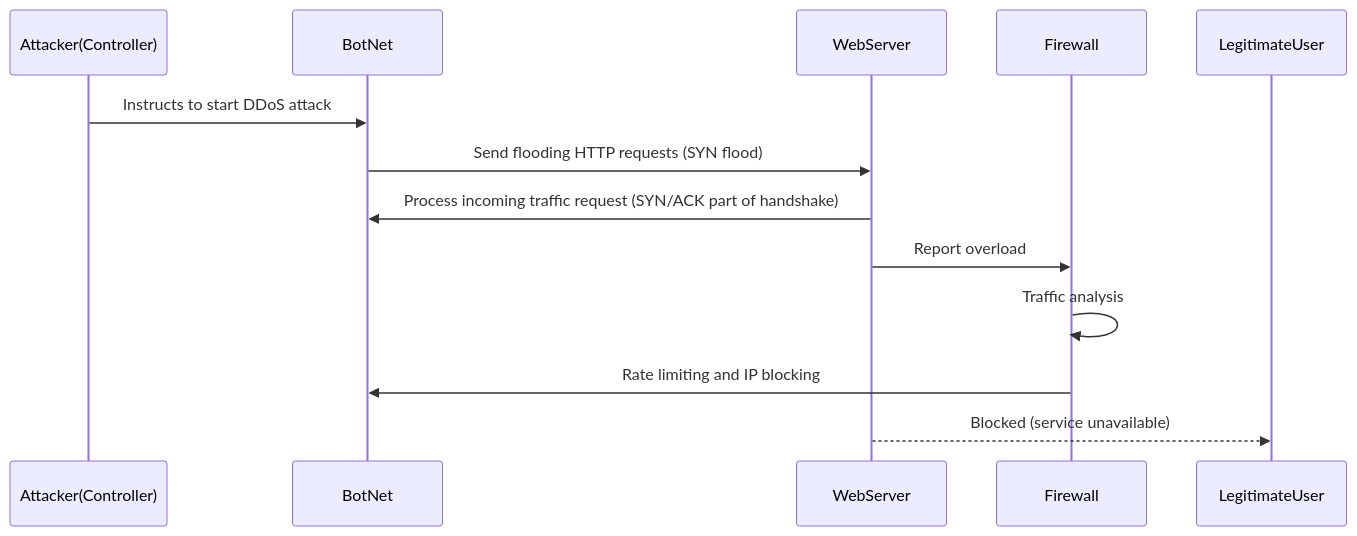
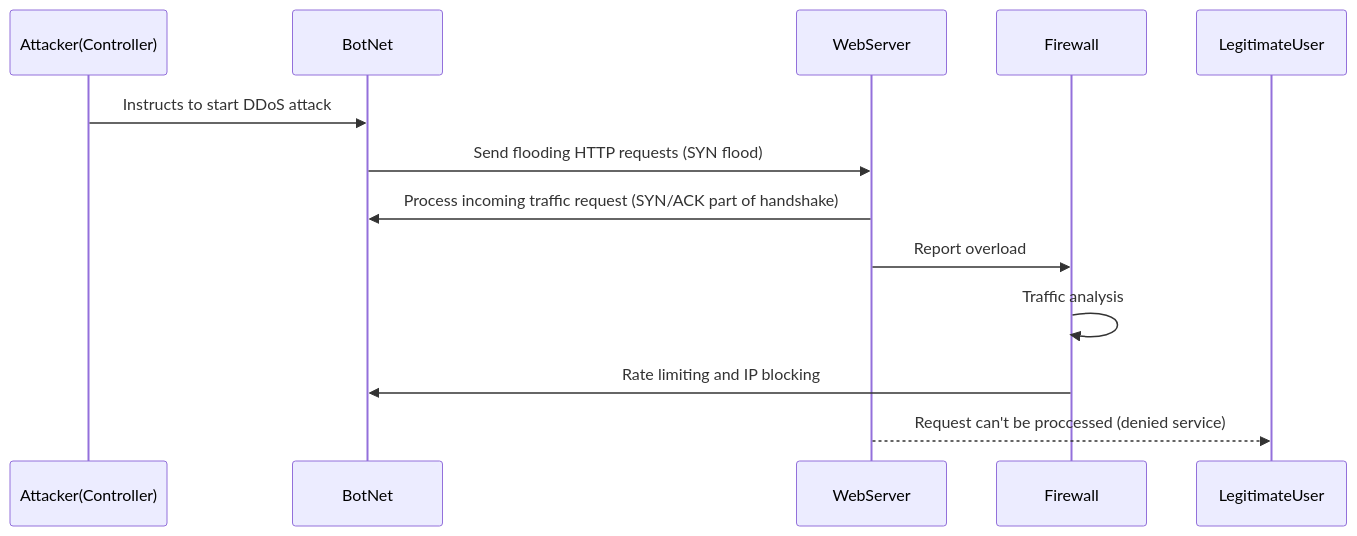
The diagram in DDoS_Attack_Sequence.md (hculpepper/hculpepper), drawn with Mermaid before and after one commit.

Commit message:
updated  mermaid diagram for legituser

````diff
--- a/DDoS_Attack_Sequence.md
+++ b/DDoS_Attack_Sequence.md
@@ -1,15 +1,15 @@
 ```mermaid
 sequenceDiagram
     participant Attacker(Controller)
     participant BotNet
     participant WebServer
     participant Firewall
 
     Attacker(Controller)->>BotNet: Instructs to start DDoS attack
     BotNet->>WebServer: Send flooding HTTP requests (SYN flood)
     WebServer->>BotNet: Process incoming traffic request (SYN/ACK part of handshake)
     WebServer->>Firewall: Report overload
     Firewall->>Firewall: Traffic analysis
     Firewall->>BotNet: Rate limiting and IP blocking
-    WebServer-->>LegitimateUser: Blocked (service unavailable)
+    WebServer-->>LegitimateUser: Request can't be proccessed (denied service)
 ```
````
